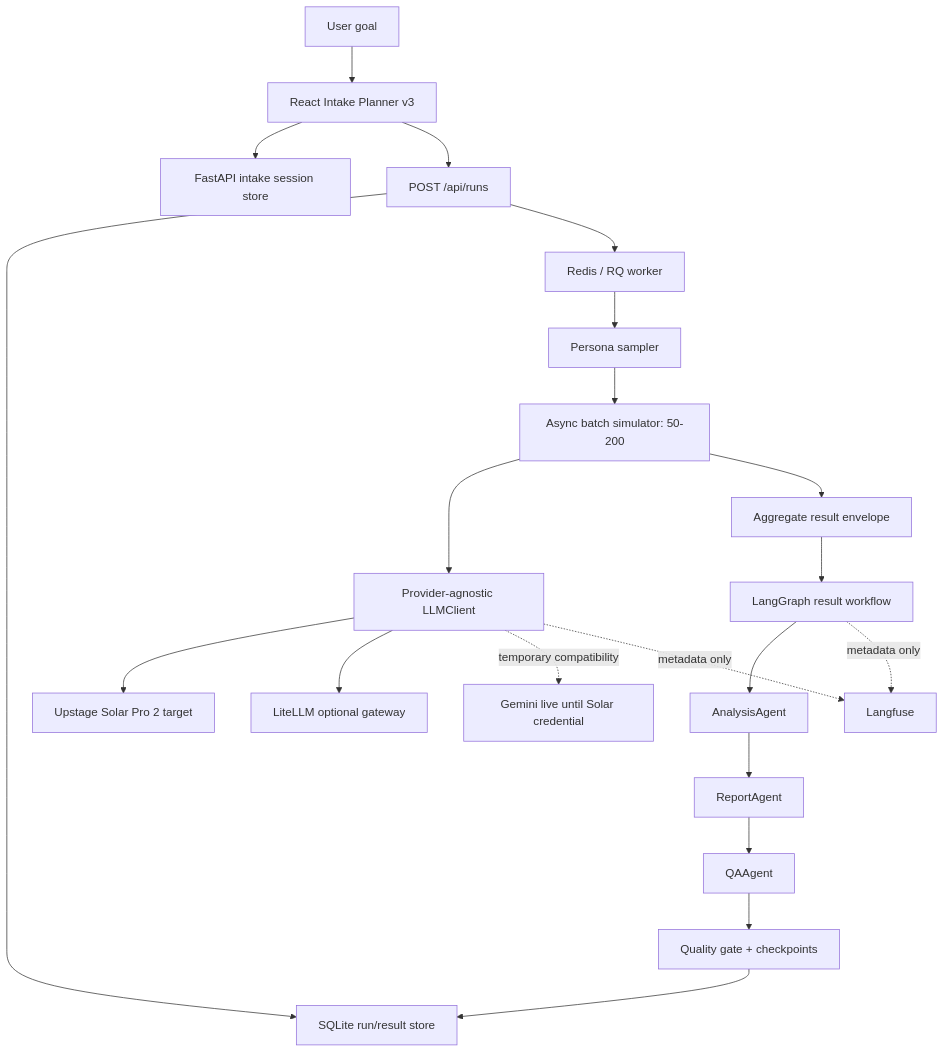
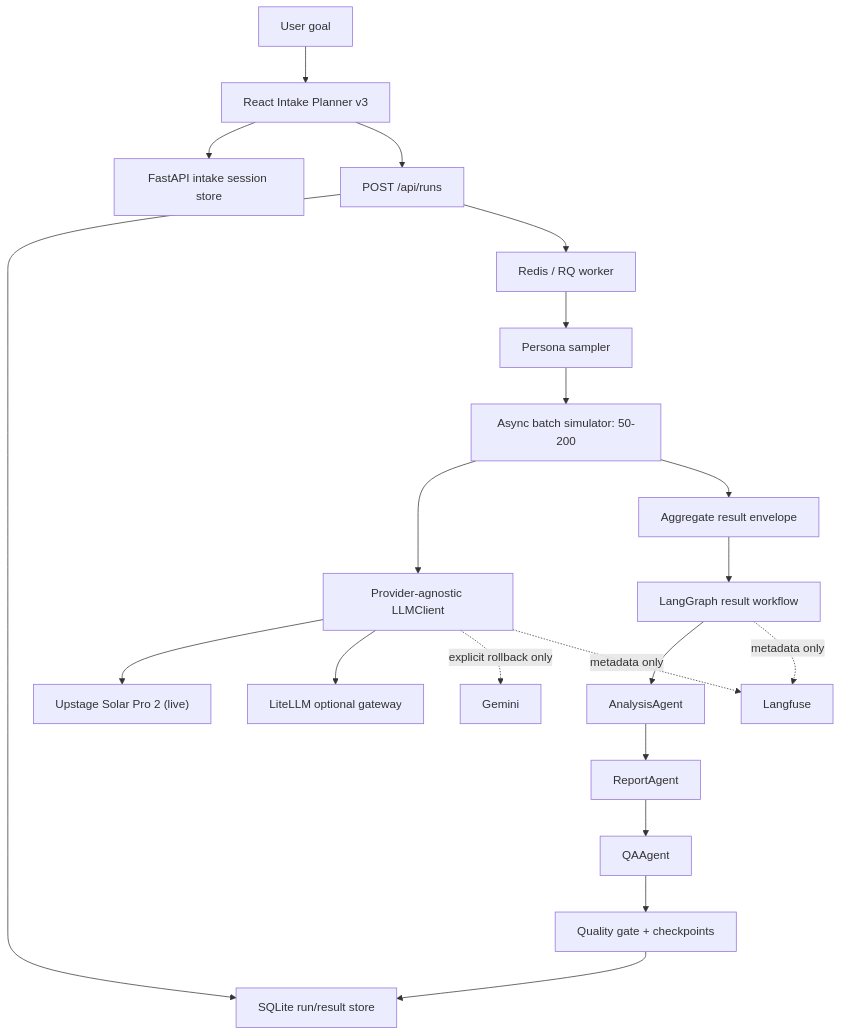
The diagram in docs/design/llm-gateway-orchestration.md (minsim-ai/minsim), drawn with Mermaid before and after one commit. The commit also changed other lines of this file, not shown here.

First line of the commit message:
docs: correct LLM gateway doc to reflect Solar as live provider

````diff
--- a/docs/design/llm-gateway-orchestration.md
+++ b/docs/design/llm-gateway-orchestration.md
@@ -42,23 +44,23 @@
 ```mermaid
 flowchart TD
   U["User goal"] --> FE["React Intake Planner v3"]
   FE --> STORE["FastAPI intake session store"]
   FE --> RUN["POST /api/runs"]
   RUN --> DB["SQLite run/result store"]
   RUN --> RQ["Redis / RQ worker"]
   RQ --> SAMPLE["Persona sampler"]
   SAMPLE --> BATCH["Async batch simulator: 50-200"]
   BATCH --> CLIENT["Provider-agnostic LLMClient"]
-  CLIENT --> UP["Upstage Solar Pro 2 target"]
+  CLIENT --> UP["Upstage Solar Pro 2 (live)"]
   CLIENT --> LITE["LiteLLM optional gateway"]
-  CLIENT -. "temporary compatibility" .-> GEM["Gemini live until Solar credential"]
+  CLIENT -. "explicit rollback only" .-> GEM["Gemini"]
   BATCH --> AGG["Aggregate result envelope"]
   AGG --> GRAPH["LangGraph result workflow"]
   GRAPH --> ANALYSIS["AnalysisAgent"]
   ANALYSIS --> REPORT["ReportAgent"]
   REPORT --> QA["QAAgent"]
   QA --> GATE["Quality gate + checkpoints"]
   GATE --> DB
   CLIENT -. "metadata only" .-> LF["Langfuse"]
   GRAPH -. "metadata only" .-> LF
 ```
````
